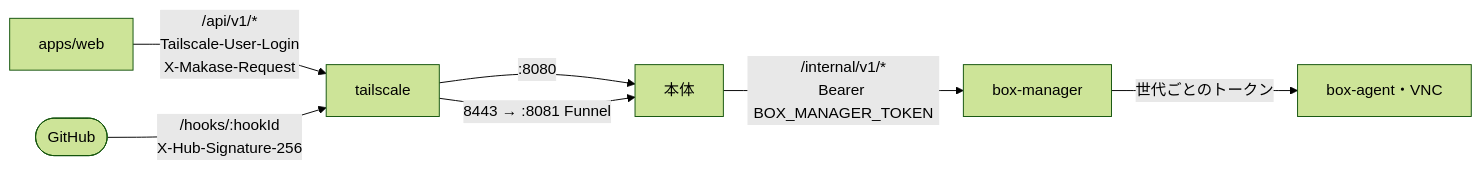
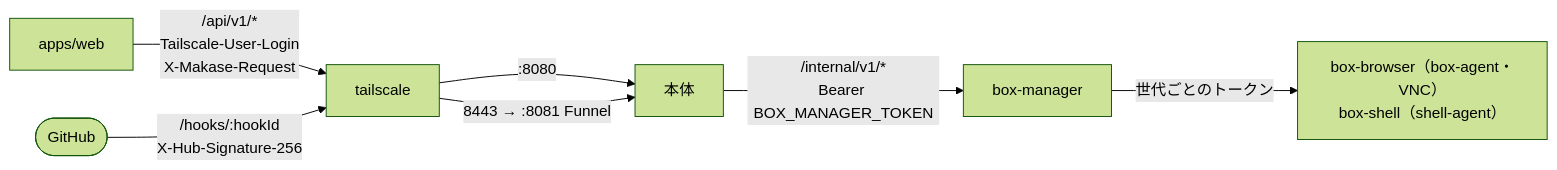
One commit to itiwoja/agent-team changed the diagram in docs/design/09_api/README.md. Above: the diagram before and after it, drawn with Mermaid (forest theme). The commit also changed other lines of this file and 34 other files, not shown here.

````diff
--- a/docs/design/09_api/README.md
+++ b/docs/design/09_api/README.md
@@ -13,9 +13,9 @@
 ```mermaid
 flowchart LR
  WEB["apps/web"] -->|"/api/v1/*<br/>Tailscale-User-Login<br/>X-Makase-Request"| TS["tailscale"]
  GH(["GitHub"]) -->|"/hooks/:hookId<br/>X-Hub-Signature-256"| TS
  TS -->|":8080"| CORE["本体"]
  TS -->|"8443 → :8081 Funnel"| CORE
  CORE -->|"/internal/v1/*<br/>Bearer BOX_MANAGER_TOKEN"| BM["box-manager"]
- BM -->|"世代ごとのトークン"| BOX["box-agent・VNC"]
+ BM -->|"世代ごとのトークン"| BOX["box-browser（box-agent・VNC）<br/>box-shell（shell-agent）"]
 ```
````
